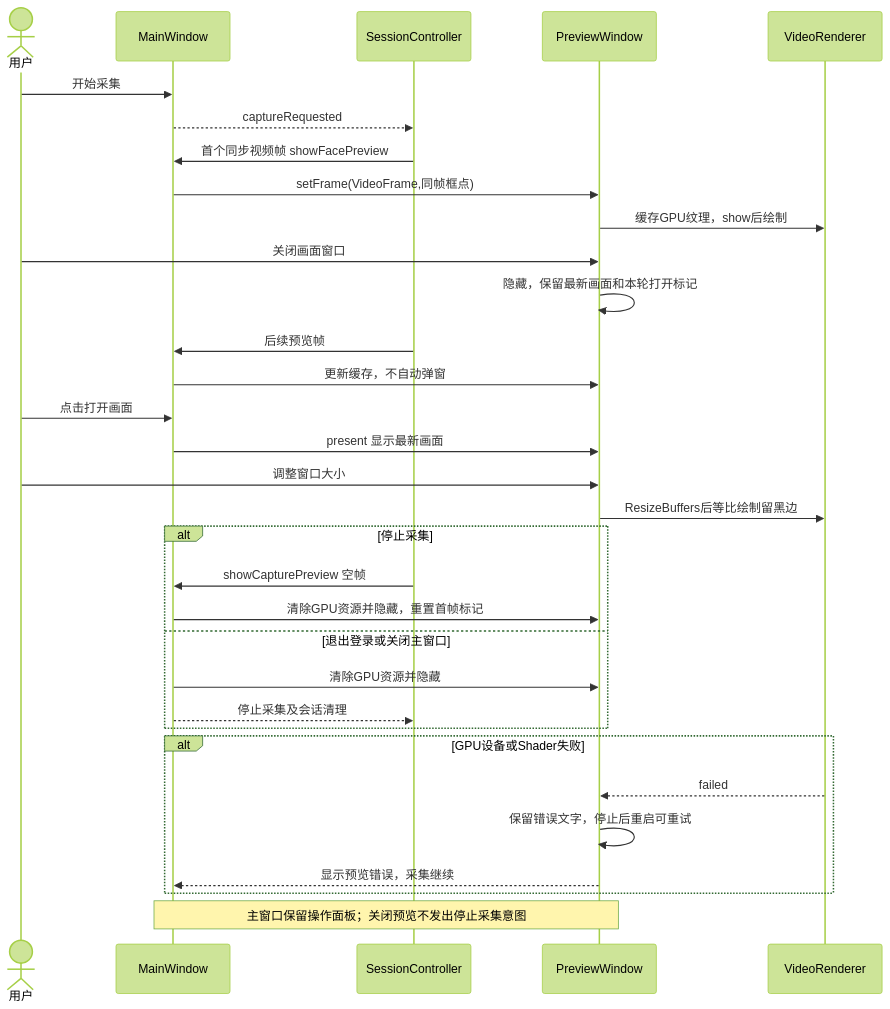
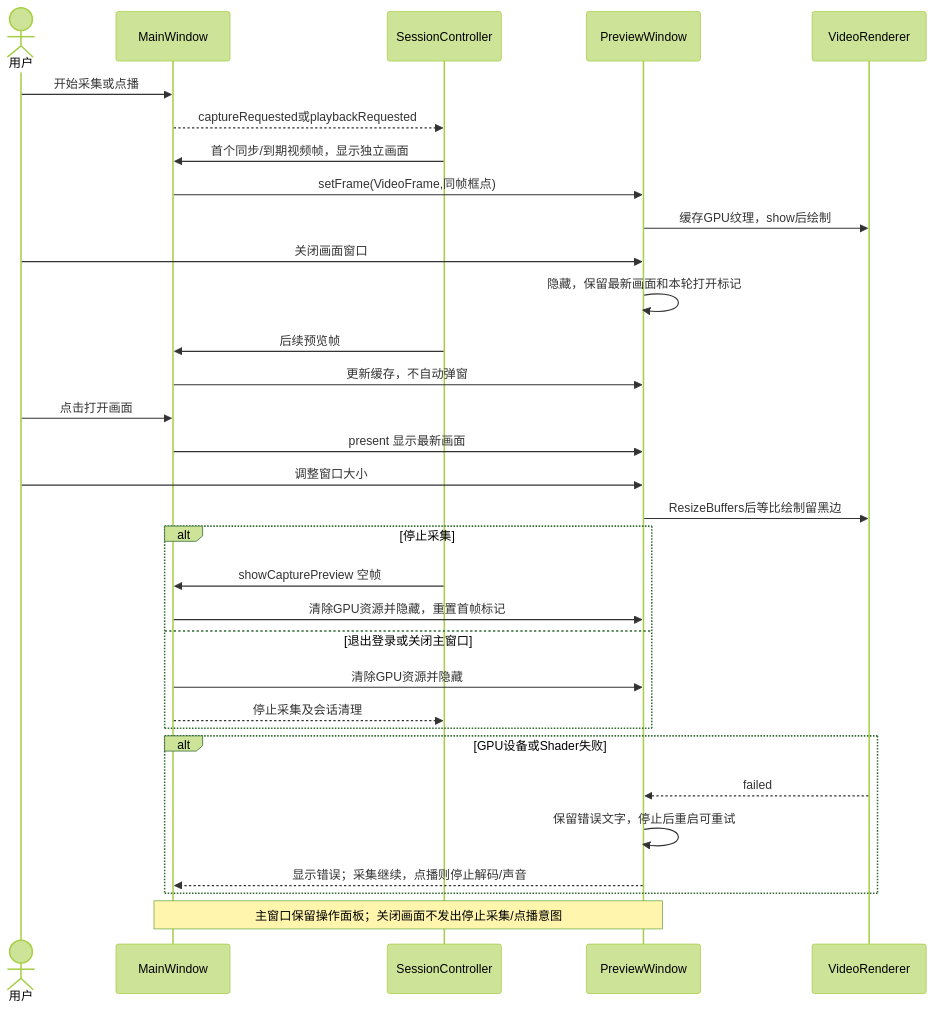
One commit to kingsman-svg/OBS changed the diagram in docs/uml/preview-window.mmd. Above: the diagram before and after it, drawn with Mermaid (forest theme). The commit also changed 35 other files, not shown here.

```diff
--- a/docs/uml/preview-window.mmd
+++ b/docs/uml/preview-window.mmd
@@ -1,32 +1,32 @@
 sequenceDiagram
 actor U as 用户
 participant V as MainWindow
 participant C as SessionController
 participant P as PreviewWindow
 participant R as VideoRenderer
-U->>V: 开始采集
-V-->>C: captureRequested
-C->>V: 首个同步视频帧 showFacePreview
+U->>V: 开始采集或点播
+V-->>C: captureRequested或playbackRequested
+C->>V: 首个同步/到期视频帧，显示独立画面
 V->>P: setFrame(VideoFrame,同帧框点)
 P->>R: 缓存GPU纹理，show后绘制
 U->>P: 关闭画面窗口
 P->>P: 隐藏，保留最新画面和本轮打开标记
 C->>V: 后续预览帧
 V->>P: 更新缓存，不自动弹窗
 U->>V: 点击打开画面
 V->>P: present 显示最新画面
 U->>P: 调整窗口大小
 P->>R: ResizeBuffers后等比绘制留黑边
 alt 停止采集
 C->>V: showCapturePreview 空帧
 V->>P: 清除GPU资源并隐藏，重置首帧标记
 else 退出登录或关闭主窗口
 V->>P: 清除GPU资源并隐藏
 V-->>C: 停止采集及会话清理
 end
 alt GPU设备或Shader失败
 R-->>P: failed
 P->>P: 保留错误文字，停止后重启可重试
-P-->>V: 显示预览错误，采集继续
+P-->>V: 显示错误；采集继续，点播则停止解码/声音
 end
-Note over V,P: 主窗口保留操作面板；关闭预览不发出停止采集意图
+Note over V,P: 主窗口保留操作面板；关闭画面不发出停止采集/点播意图
```
